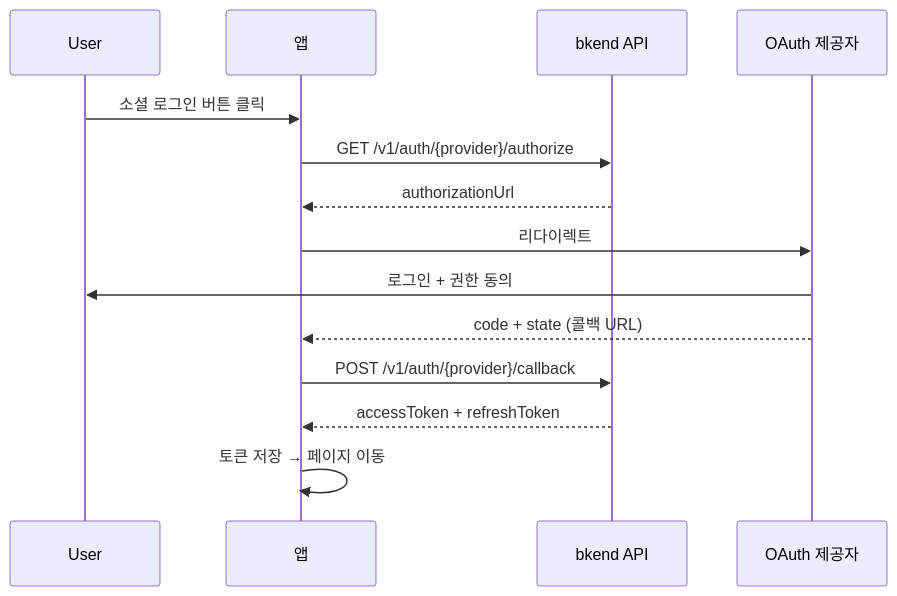
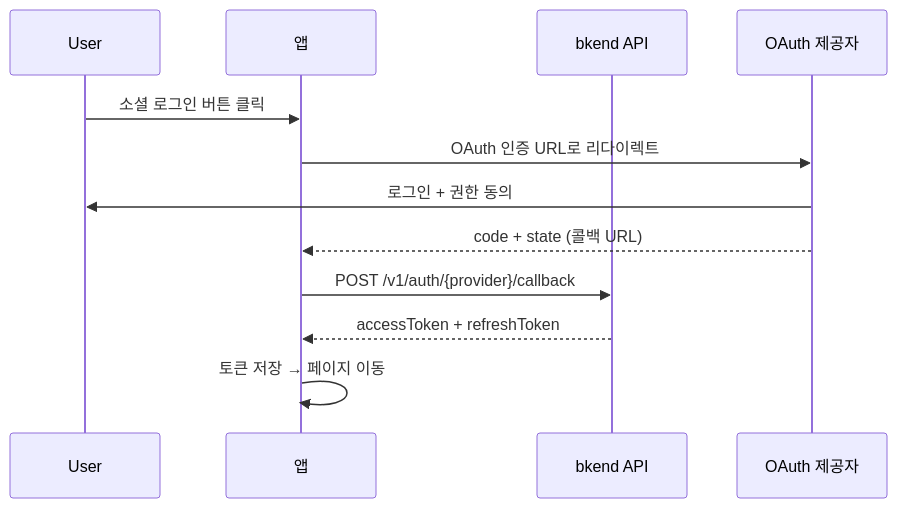
One commit to popup-studio-ai/bkend-docs changed the second of 3 diagrams in ko/authentication/21-auth-form-patterns.md. Above: the diagram before and after it, drawn with Mermaid. The commit also changed other lines of this file and 105 other files, not shown here.

````diff
--- a/ko/authentication/21-auth-form-patterns.md
+++ b/ko/authentication/21-auth-form-patterns.md
@@ -211,17 +211,15 @@
 ```mermaid
 sequenceDiagram
     participant User as User
     participant App as 앱
     participant API as bkend API
     participant Provider as OAuth 제공자
 
     User->>App: 소셜 로그인 버튼 클릭
-    App->>API: GET /v1/auth/{provider}/authorize
-    API-->>App: authorizationUrl
-    App->>Provider: 리다이렉트
+    App->>Provider: OAuth 인증 URL로 리다이렉트
     Provider->>User: 로그인 + 권한 동의
     Provider-->>App: code + state (콜백 URL)
     App->>API: POST /v1/auth/{provider}/callback
     API-->>App: accessToken + refreshToken
     App->>App: 토큰 저장 → 페이지 이동
 ```
````
